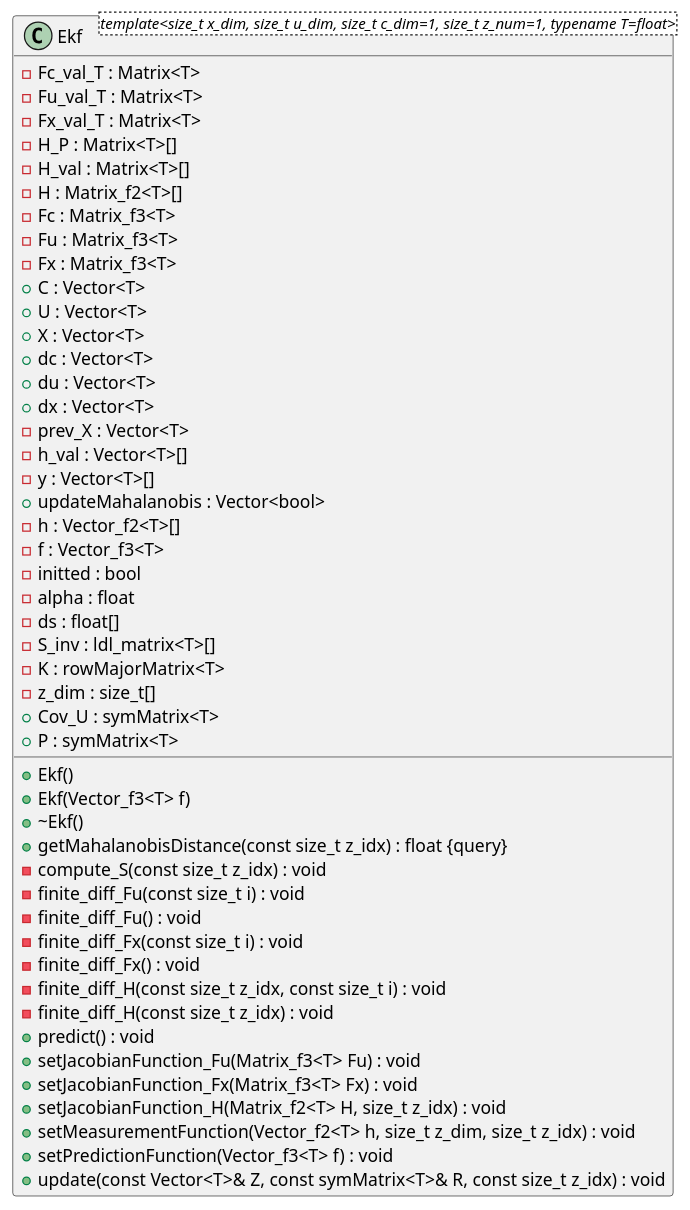
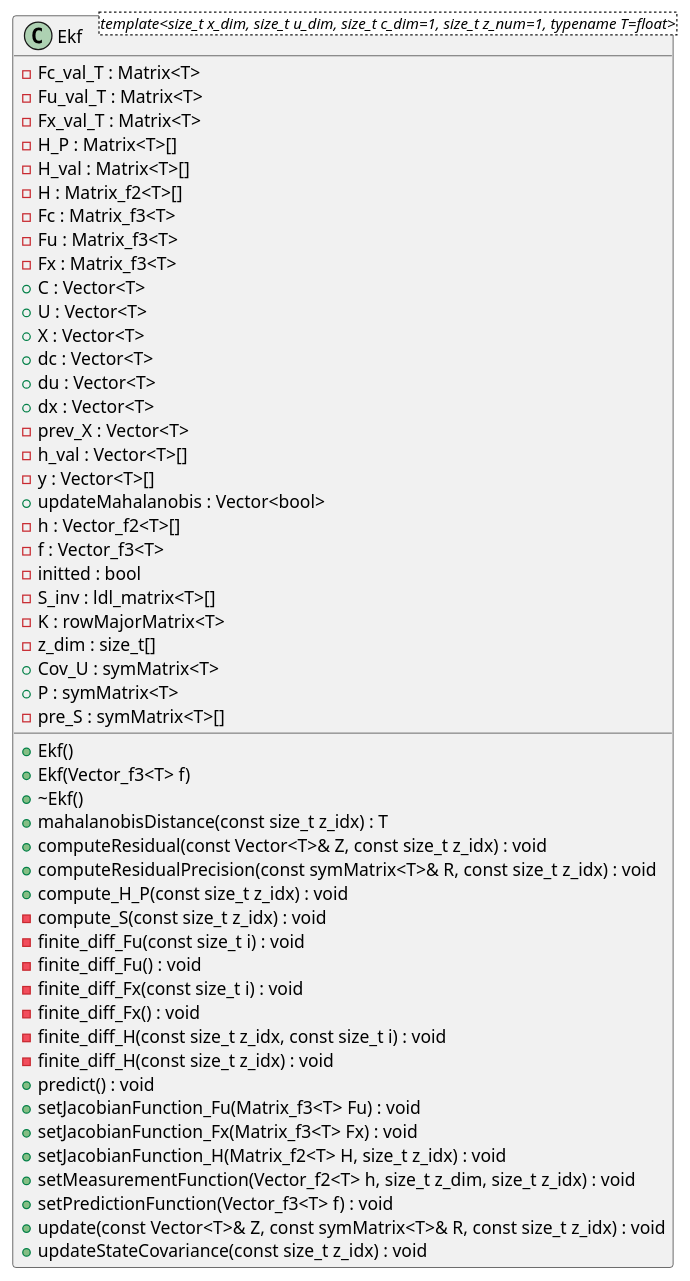
The diagram in docs/architecture/classDiagram.puml (robinAZERTY/bayesian_filter), drawn with PlantUML before and after one commit. The commit also changed 1 other file, not shown here.

Commit message:
Updated UML diagram

```diff
--- a/docs/architecture/classDiagram.puml
+++ b/docs/architecture/classDiagram.puml
@@ -1,78 +1,81 @@
 @startuml
 
 
 
 
 
 /' Objects '/
 
 class Ekf <template<size_t x_dim, size_t u_dim, size_t c_dim=1, size_t z_num=1, typename T=float>> {
 	+Ekf()
 	+Ekf(Vector_f3<T> f)
 	+~Ekf()
 	-Fc_val_T : Matrix<T>
 	-Fu_val_T : Matrix<T>
 	-Fx_val_T : Matrix<T>
 	-H_P : Matrix<T>[]
 	-H_val : Matrix<T>[]
 	-H : Matrix_f2<T>[]
 	-Fc : Matrix_f3<T>
 	-Fu : Matrix_f3<T>
 	-Fx : Matrix_f3<T>
+	+mahalanobisDistance(const size_t z_idx) : T
 	+C : Vector<T>
 	+U : Vector<T>
 	+X : Vector<T>
 	+dc : Vector<T>
 	+du : Vector<T>
 	+dx : Vector<T>
 	-prev_X : Vector<T>
 	-h_val : Vector<T>[]
 	-y : Vector<T>[]
 	+updateMahalanobis : Vector<bool>
 	-h : Vector_f2<T>[]
 	-f : Vector_f3<T>
 	-initted : bool
-	-alpha : float
-	+getMahalanobisDistance(const size_t z_idx) : float {query}
-	-ds : float[]
 	-S_inv : ldl_matrix<T>[]
 	-K : rowMajorMatrix<T>
 	-z_dim : size_t[]
 	+Cov_U : symMatrix<T>
 	+P : symMatrix<T>
+	-pre_S : symMatrix<T>[]
+	+computeResidual(const Vector<T>& Z, const size_t z_idx) : void
+	+computeResidualPrecision(const symMatrix<T>& R, const size_t z_idx) : void
+	+compute_H_P(const size_t z_idx) : void
 	-compute_S(const size_t z_idx) : void
 	-finite_diff_Fu(const size_t i) : void
 	-finite_diff_Fu() : void
 	-finite_diff_Fx(const size_t i) : void
 	-finite_diff_Fx() : void
 	-finite_diff_H(const size_t z_idx, const size_t i) : void
 	-finite_diff_H(const size_t z_idx) : void
 	+predict() : void
 	+setJacobianFunction_Fu(Matrix_f3<T> Fu) : void
 	+setJacobianFunction_Fx(Matrix_f3<T> Fx) : void
 	+setJacobianFunction_H(Matrix_f2<T> H, size_t z_idx) : void
 	+setMeasurementFunction(Vector_f2<T> h, size_t z_dim, size_t z_idx) : void
 	+setPredictionFunction(Vector_f3<T> f) : void
 	+update(const Vector<T>& Z, const symMatrix<T>& R, const size_t z_idx) : void
+	+updateStateCovariance(const size_t z_idx) : void
 }
 
 
 
 
 
 /' Inheritance relationships '/
 
 
 
 
 /' Aggregation relationships '/
 
 
 
 
 
 /' Nested objects '/
 
 
 
 @enduml
```
